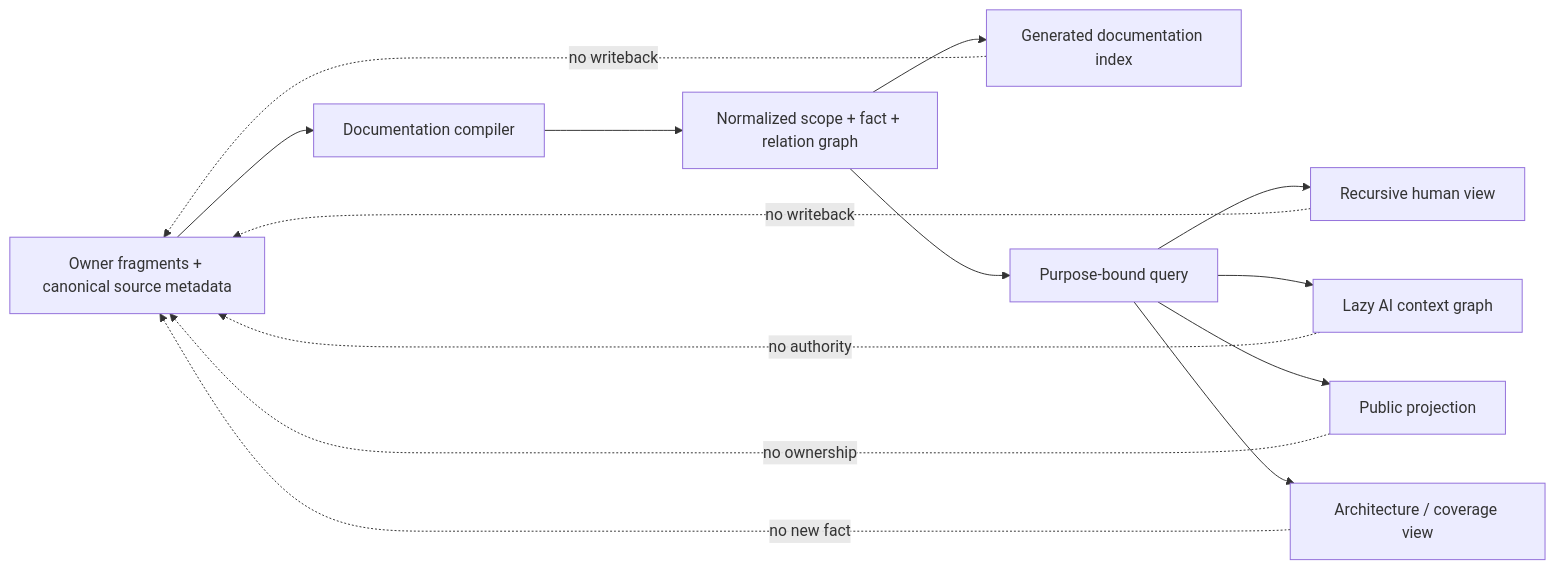
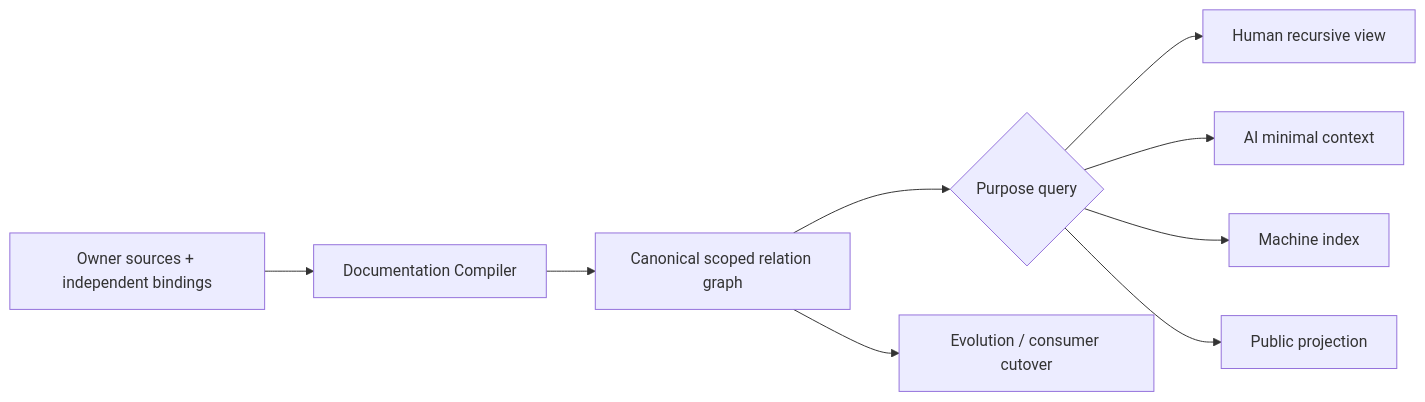
Before and after one commit to sec-platform/sec: the first of 4 diagrams in docs/documentation-system.md, drawn with Mermaid. The commit also changed other lines of this file and 37 other files, not shown here.

````diff
--- a/docs/documentation-system.md
+++ b/docs/documentation-system.md
@@ -47,16 +23,11 @@
 ```mermaid
 flowchart LR
-  F[Owner fragments + canonical source metadata] --> C[Documentation compiler]
-  C --> K[Normalized scope + fact + relation graph]
-  K --> R[Generated documentation index]
-  K --> Q[Purpose-bound query]
-  Q --> H[Recursive human view]
-  Q --> A[Lazy AI context graph]
+  S[Owner sources + independent bindings] --> C[Documentation Compiler]
+  C --> G[Canonical scoped relation graph]
+  G --> Q{Purpose query}
+  Q --> H[Human recursive view]
+  Q --> A[AI minimal context]
+  Q --> M[Machine index]
   Q --> P[Public projection]
-  Q --> V[Architecture / coverage view]
-  R -. no writeback .-> F
-  H -. no writeback .-> F
-  A -. no authority .-> F
-  P -. no ownership .-> F
-  V -. no new fact .-> F
+  G --> E[Evolution / consumer cutover]
 ```
````
